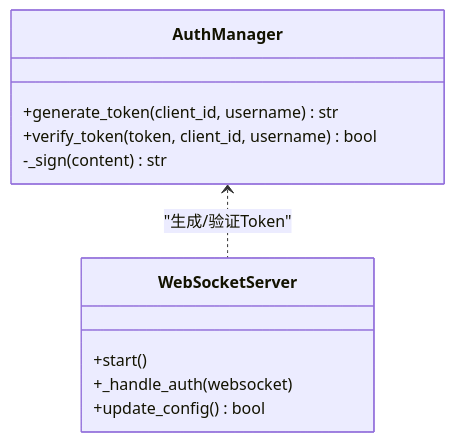
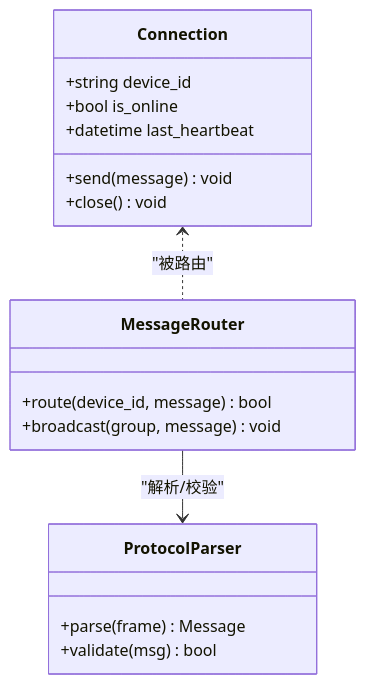
Before and after one commit to haixinke/xiaozhi-esp32-server: the sixth of 10 diagrams in .qoder/repowiki/zh/content/设备管理/设备管理.md, drawn with Mermaid. The commit also changed other lines of this file and 557 other files, not shown here.

````diff
--- a/.qoder/repowiki/zh/content/设备管理/设备管理.md
+++ b/.qoder/repowiki/zh/content/设备管理/设备管理.md
@@ -179,14 +263,20 @@
 ```mermaid
 classDiagram
-class AuthManager {
-+generate_token(client_id, username) str
-+verify_token(token, client_id, username) bool
--_sign(content) str
+class Connection {
++string device_id
++bool is_online
++datetime last_heartbeat
++send(message) void
++close() void
 }
-class WebSocketServer {
-+start()
-+_handle_auth(websocket)
-+update_config() bool
+class MessageRouter {
++route(device_id, message) bool
++broadcast(group, message) void
 }
-AuthManager <.. WebSocketServer : "生成/验证Token"
+class ProtocolParser {
++parse(frame) Message
++validate(msg) bool
+}
+Connection <.. MessageRouter : "被路由"
+MessageRouter --> ProtocolParser : "解析/校验"
 ```
````
